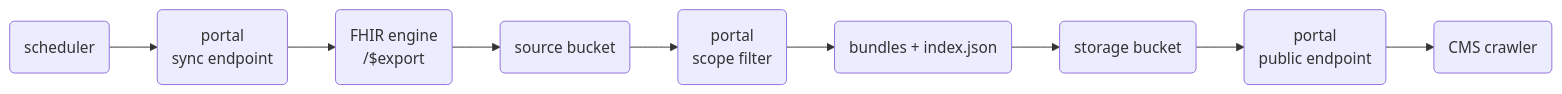
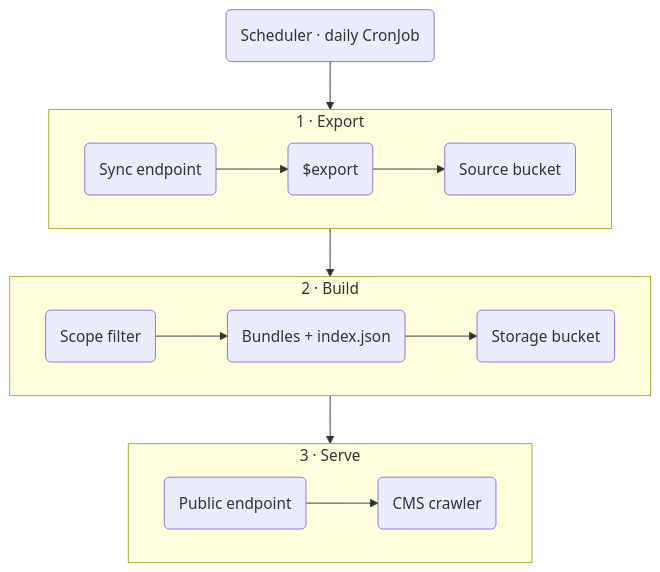
Before and after one commit to HealthSamurai/payerbox-docs: the diagram in docs/run-payerbox/provider-directory-pipeline.md, drawn with Mermaid. The commit also changed 14 other files, not shown here.

First line of the commit message:
docs: unify the flow diagrams in house-style SVG

````diff
--- a/docs/run-payerbox/provider-directory-pipeline.md
+++ b/docs/run-payerbox/provider-directory-pipeline.md
@@ -13,11 +13,19 @@
 ```mermaid
-graph LR
-    T(scheduler):::yellow2 --> S(portal<br/>sync endpoint):::violet2
-    S --> A(FHIR engine<br/>/$export):::blue2
-    A --> SRC(source bucket):::green2
-    SRC --> B(portal<br/>scope filter):::violet2
-    B --> C(bundles + index.json):::violet2
-    C --> PUB(storage bucket):::green2
-    PUB --> E(portal<br/>public endpoint):::violet2
-    E --> F(CMS crawler):::yellow2
+flowchart TB
+  sched(Scheduler · daily CronJob):::neutral2
+  subgraph s1 [1 · Export]
+    direction LR
+    sync(Sync endpoint):::red2 --> exp($export):::red2 --> src(Source bucket):::red2
+  end
+  subgraph s2 [2 · Build]
+    direction LR
+    filt(Scope filter):::red2 --> bun(Bundles + index.json):::red2 --> pub(Storage bucket):::red2
+  end
+  subgraph s3 [3 · Serve]
+    direction LR
+    ep(Public endpoint):::red2 --> cms(CMS crawler):::neutral2
+  end
+  sched --> s1
+  s1 --> s2
+  s2 --> s3
 ```
````
